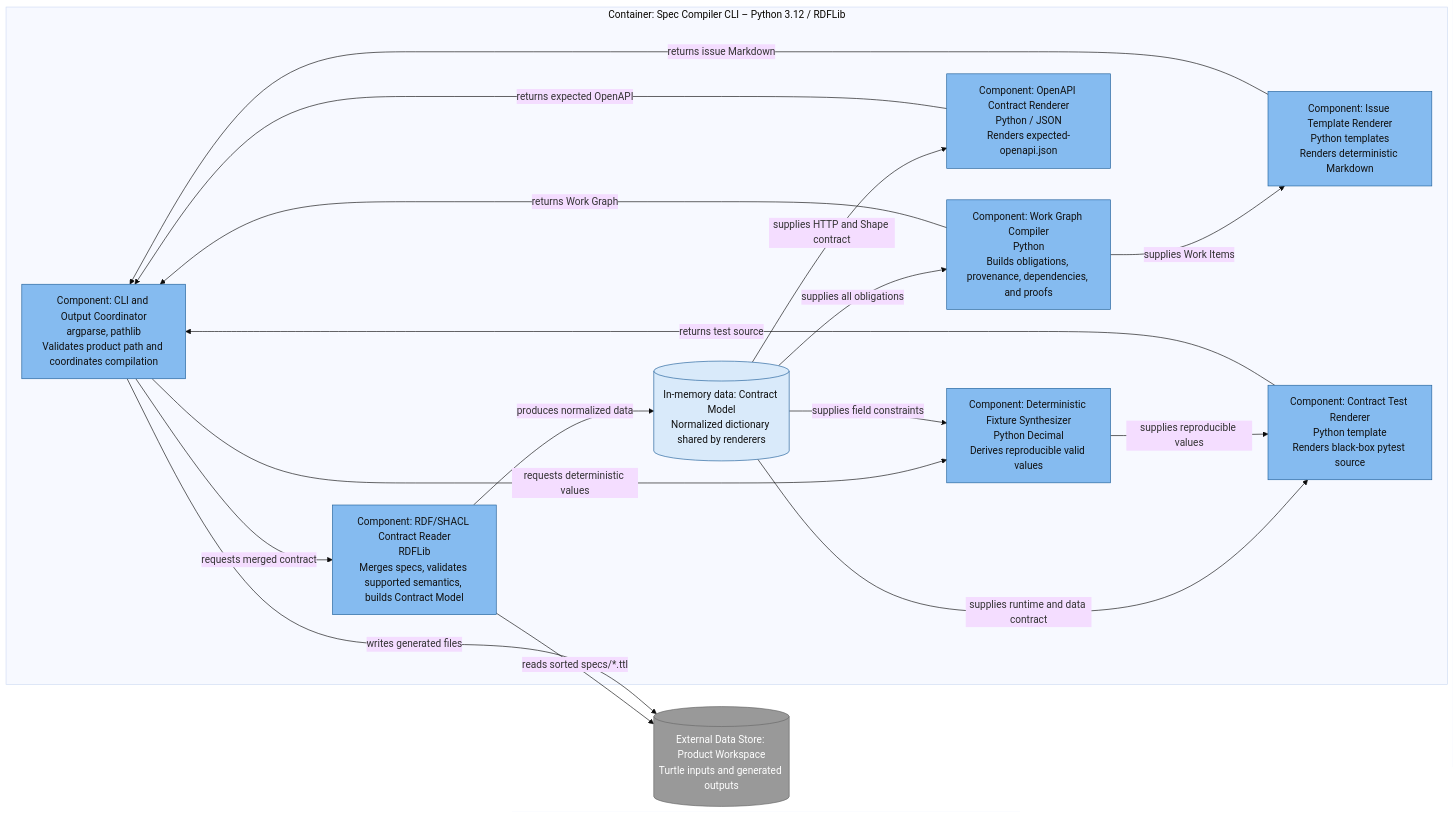
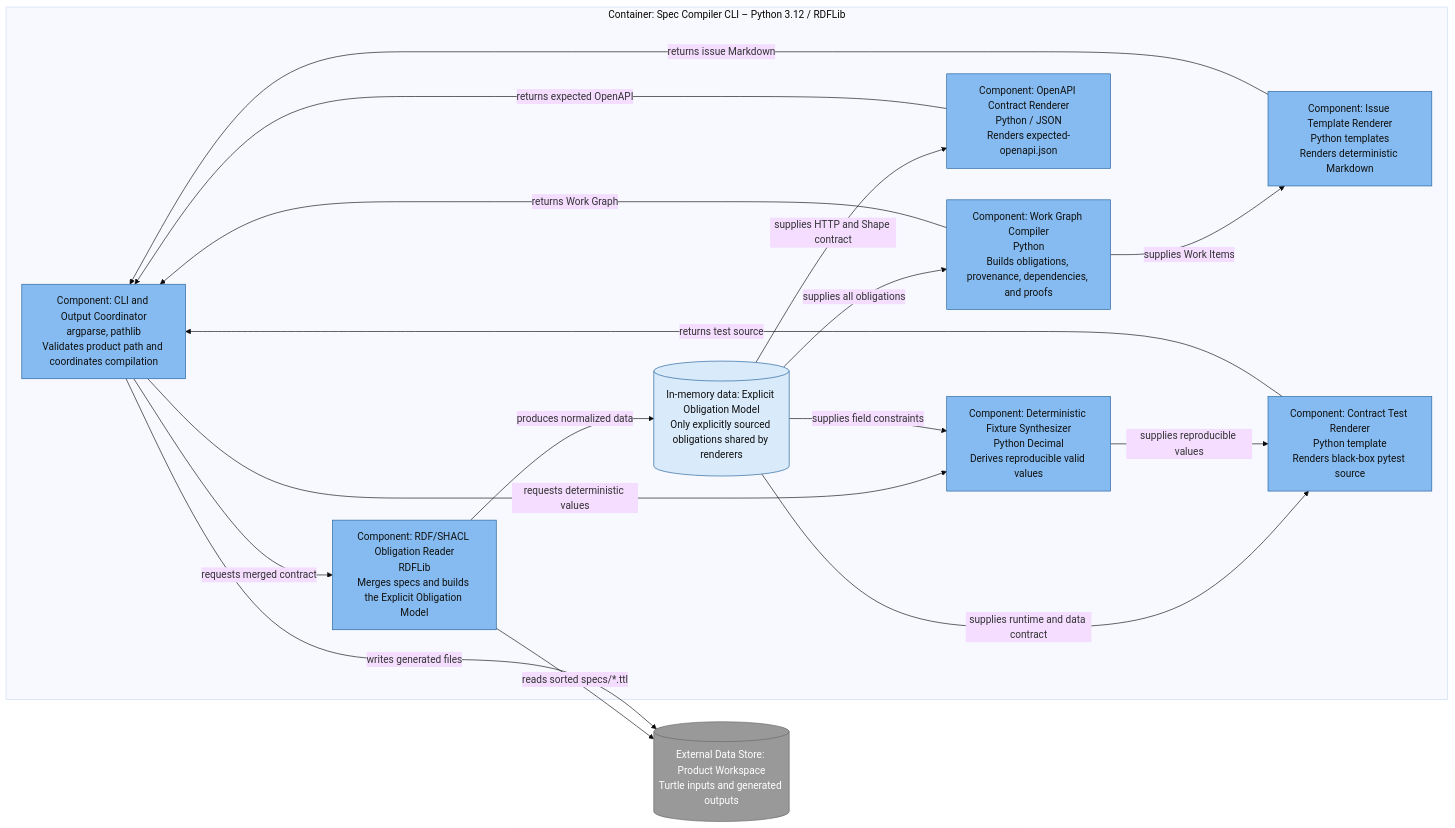
One commit to arturmiller/spec-compiler changed the fourth of 5 diagrams in docs/architecture/c4.md. Above: the diagram before and after it, drawn with Mermaid (base theme). The commit also changed other lines of this file and 11 other files, not shown here.

Commit message:
Generate tests from explicit obligations

````diff
--- a/docs/architecture/c4.md
+++ b/docs/architecture/c4.md
@@ -175,38 +175,38 @@
 ```mermaid
 flowchart LR
     workspace[("External Data Store: Product Workspace<br/>Turtle inputs and generated outputs")]
 
     subgraph compiler_boundary["Container: Spec Compiler CLI – Python 3.12 / RDFLib"]
         coordinator["Component: CLI and Output Coordinator<br/>argparse, pathlib<br/>Validates product path and coordinates compilation"]
-        reader["Component: RDF/SHACL Contract Reader<br/>RDFLib<br/>Merges specs, validates supported semantics, builds Contract Model"]
+        reader["Component: RDF/SHACL Obligation Reader<br/>RDFLib<br/>Merges specs and builds the Explicit Obligation Model"]
         fixtures["Component: Deterministic Fixture Synthesizer<br/>Python Decimal<br/>Derives reproducible valid values"]
         openapi["Component: OpenAPI Contract Renderer<br/>Python / JSON<br/>Renders expected-openapi.json"]
         work["Component: Work Graph Compiler<br/>Python<br/>Builds obligations, provenance, dependencies, and proofs"]
         issues["Component: Issue Template Renderer<br/>Python templates<br/>Renders deterministic Markdown"]
         tests["Component: Contract Test Renderer<br/>Python template<br/>Renders black-box pytest source"]
-        model[("In-memory data: Contract Model<br/>Normalized dictionary shared by renderers")]
+        model[("In-memory data: Explicit Obligation Model<br/>Only explicitly sourced obligations shared by renderers")]
     end
 
     coordinator -->|"requests merged contract"| reader
     reader -->|"reads sorted specs/*.ttl"| workspace
     reader -->|"produces normalized data"| model
     coordinator -->|"requests deterministic values"| fixtures
     model -->|"supplies field constraints"| fixtures
     model -->|"supplies HTTP and Shape contract"| openapi
     model -->|"supplies all obligations"| work
     work -->|"supplies Work Items"| issues
     model -->|"supplies runtime and data contract"| tests
     fixtures -->|"supplies reproducible values"| tests
     coordinator -->|"writes generated files"| workspace
     openapi -->|"returns expected OpenAPI"| coordinator
     work -->|"returns Work Graph"| coordinator
     issues -->|"returns issue Markdown"| coordinator
     tests -->|"returns test source"| coordinator
 
     classDef component fill:#85bbf0,stroke:#1f5f99,color:#111;
     classDef data fill:#d9eafa,stroke:#1f5f99,color:#111;
     classDef external fill:#999,stroke:#666,color:#fff;
     class coordinator,reader,fixtures,openapi,work,issues,tests component;
     class model data;
     class workspace external;
 ```
````
